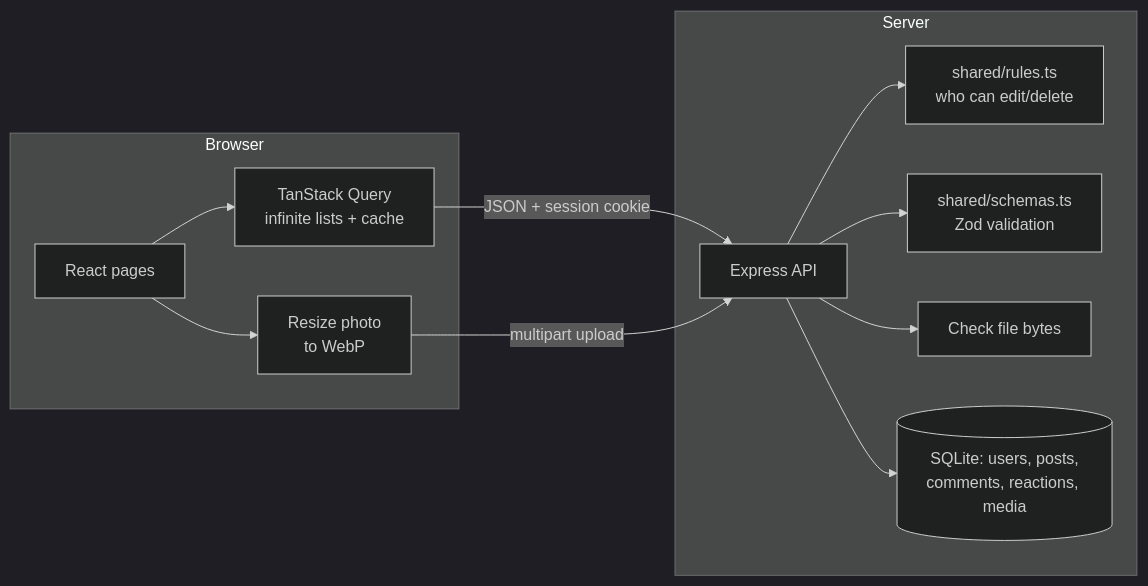
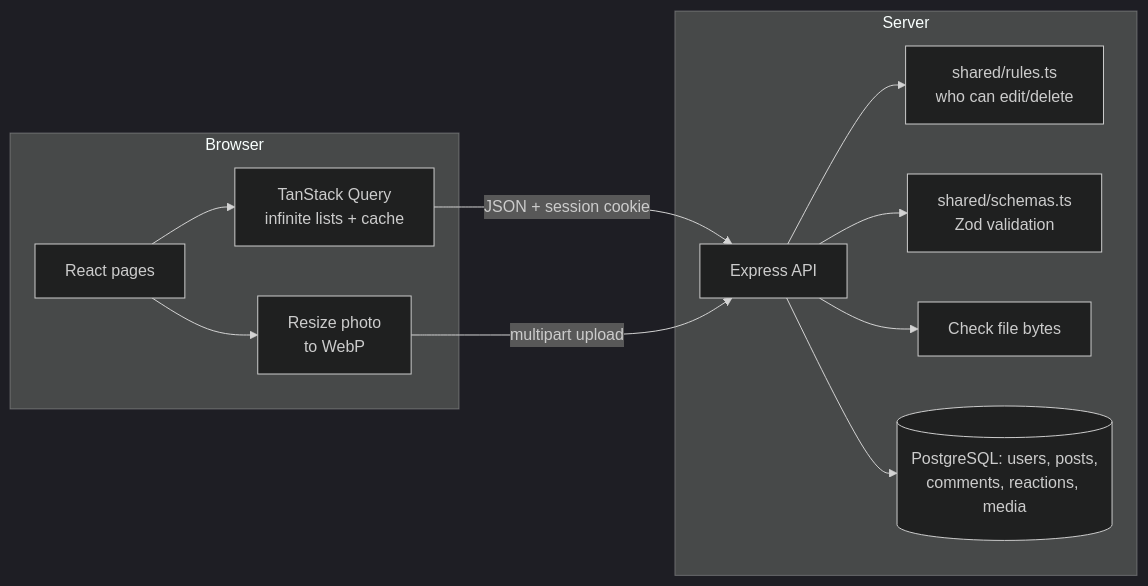
The diagram in README.md (ziad3no/zocial-social-platform), drawn with Mermaid (dark theme) before and after one commit. The commit also changed other lines of this file and 5 other files, not shown here.

````diff
--- a/README.md
+++ b/README.md
@@ -118,15 +126,15 @@
 ```mermaid
 flowchart LR
   subgraph Browser
     UI[React pages] --> Q[TanStack Query<br/>infinite lists + cache]
     UI --> IMG[Resize photo<br/>to WebP]
   end
   Q -- "JSON + session cookie" --> API[Express API]
   IMG -- multipart upload --> API
   subgraph Server
     API --> R["shared/rules.ts<br/>who can edit/delete"]
     API --> Z["shared/schemas.ts<br/>Zod validation"]
     API --> S[Check file bytes]
-    API --> DB[(SQLite: users, posts,<br/>comments, reactions, media)]
+    API --> DB[(PostgreSQL: users, posts,<br/>comments, reactions, media)]
   end
 ```
````
